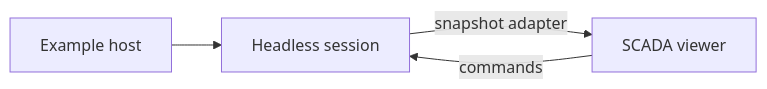
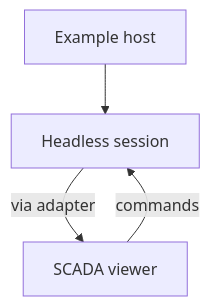
One commit to Valpatel/cad-agent changed the diagram in software/cadagent/webkit/scada/sim/examples/README.md. Above: the diagram before and after it, drawn with Mermaid. The commit also changed 27 other files, not shown here.

````diff
--- a/software/cadagent/webkit/scada/sim/examples/README.md
+++ b/software/cadagent/webkit/scada/sim/examples/README.md
@@ -7,6 +7,6 @@
 ```mermaid
-flowchart LR
-  Host[Example host] --> Model[Headless session]
-  Model -->|snapshot adapter| UI[SCADA viewer]
-  UI -->|commands| Model
+flowchart TD
+  Host["Example host"] --> Model["Headless session"]
+  Model -->|"via adapter"| UI["SCADA viewer"]
+  UI -->|"commands"| Model
 ```
````
